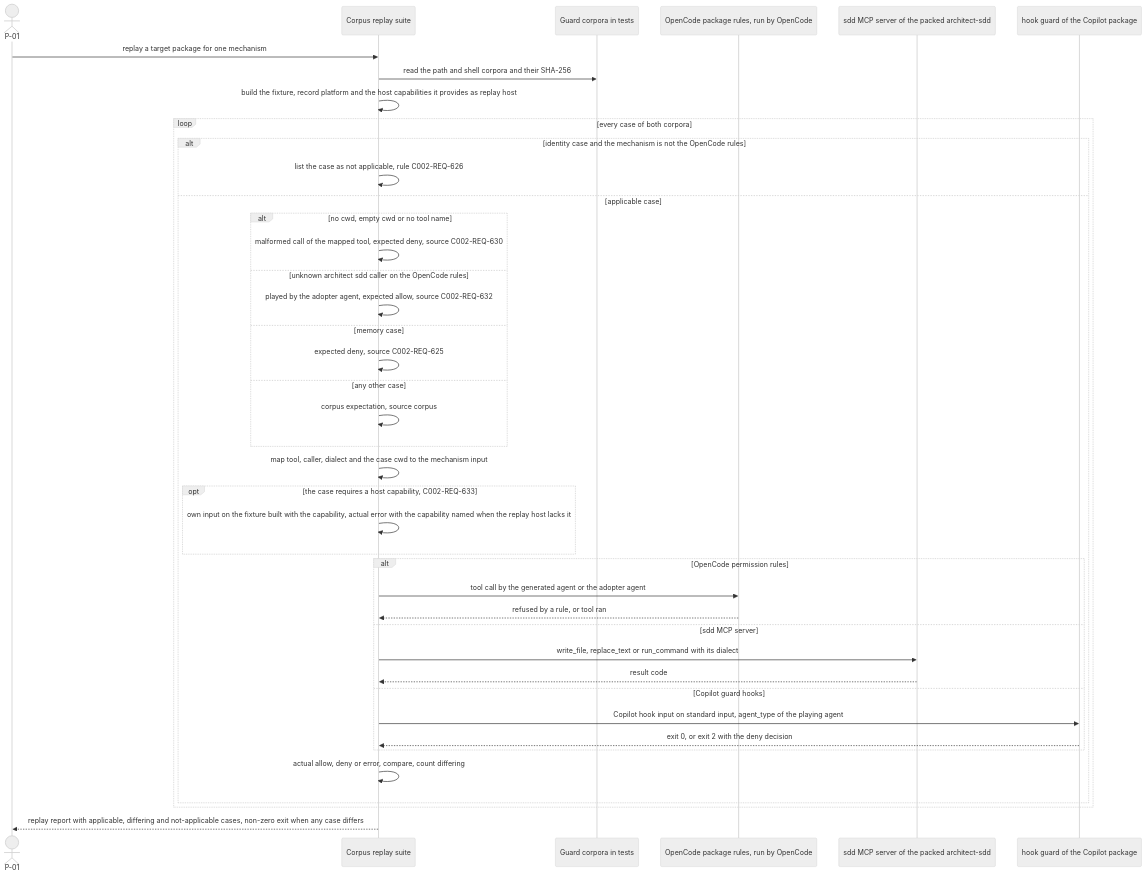
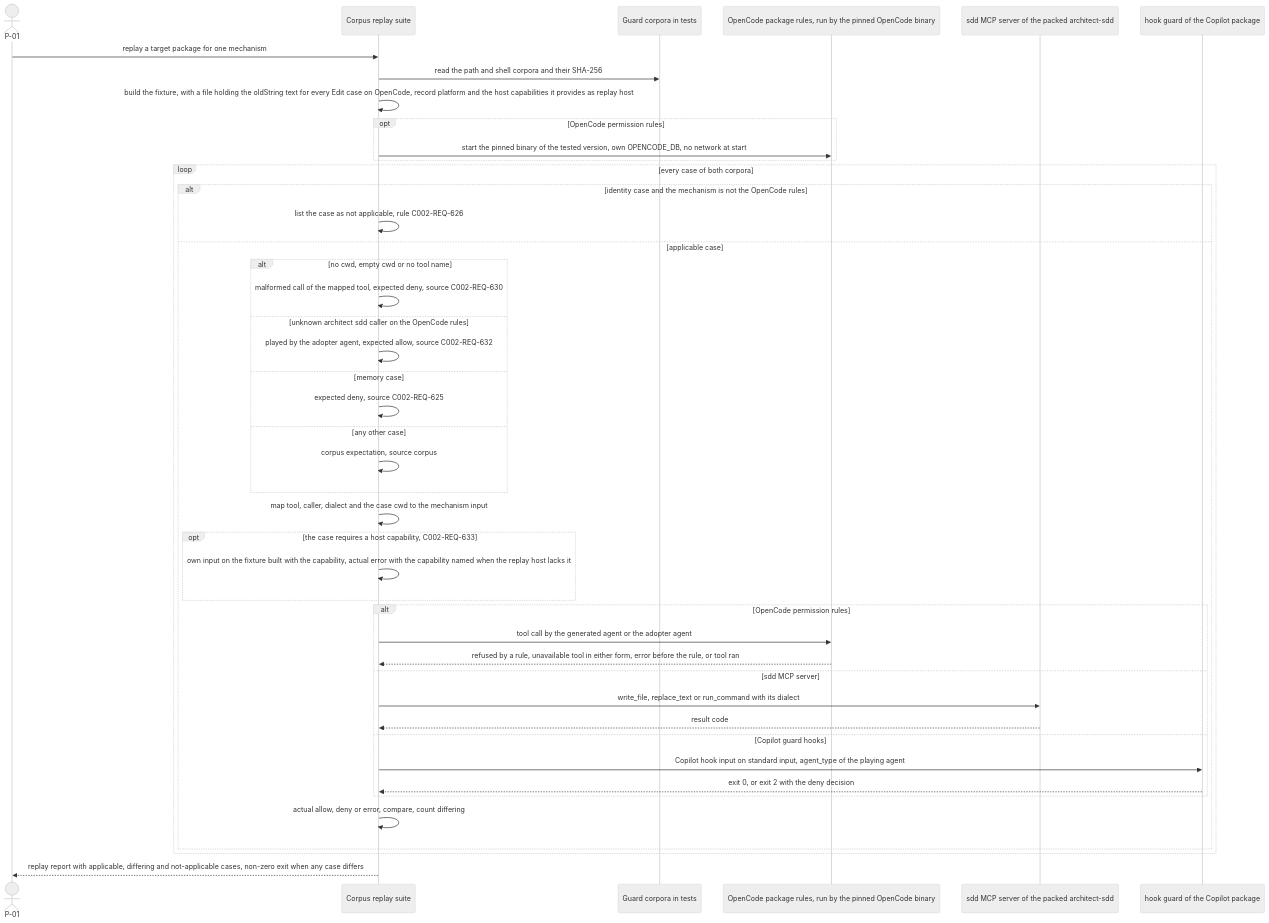
Diagram 12 of 15 in .sdd/002-multi-platform-targets/10-spec/60-architecture/architecture.md (jlacube/spec-architect), drawn with Mermaid (neutral theme) before and after one commit. The commit also changed other lines of this file and 15 other files, not shown here.

````diff
--- a/.sdd/002-multi-platform-targets/10-spec/60-architecture/architecture.md
+++ b/.sdd/002-multi-platform-targets/10-spec/60-architecture/architecture.md
@@ -760,44 +772,47 @@
 ```mermaid
 sequenceDiagram
   %% F11 corpus replay with per-mechanism expectations. Realizes C002-TS-608 C002-TS-609 C002-TS-628 C002-TS-629 C002-TS-630 C002-TS-631 C002-TS-643 C002-TS-644 C002-TS-645 C002-TS-646 C002-TS-647
   actor P01 as P-01
   participant C002_COMP_008 as Corpus replay suite
   participant C002_COMP_013 as Guard corpora in tests
-  participant C002_COMP_003 as OpenCode package rules, run by OpenCode
+  participant C002_COMP_003 as OpenCode package rules, run by the pinned OpenCode binary
   participant C002_COMP_005 as sdd MCP server of the packed architect-sdd
   participant C002_COMP_012 as hook guard of the Copilot package
   P01->>C002_COMP_008: replay a target package for one mechanism
   C002_COMP_008->>C002_COMP_013: read the path and shell corpora and their SHA-256
-  C002_COMP_008->>C002_COMP_008: build the fixture, record platform and the host capabilities it provides as replay host
+  C002_COMP_008->>C002_COMP_008: build the fixture, with a file holding the oldString text for every Edit case on OpenCode, record platform and the host capabilities it provides as replay host
+  opt OpenCode permission rules
+    C002_COMP_008->>C002_COMP_003: start the pinned binary of the tested version, own OPENCODE_DB, no network at start
+  end
   loop every case of both corpora
     alt identity case and the mechanism is not the OpenCode rules
       C002_COMP_008->>C002_COMP_008: list the case as not applicable, rule C002-REQ-626
     else applicable case
       alt no cwd, empty cwd or no tool name
         C002_COMP_008->>C002_COMP_008: malformed call of the mapped tool, expected deny, source C002-REQ-630
       else unknown architect sdd caller on the OpenCode rules
         C002_COMP_008->>C002_COMP_008: played by the adopter agent, expected allow, source C002-REQ-632
       else memory case
         C002_COMP_008->>C002_COMP_008: expected deny, source C002-REQ-625
       else any other case
         C002_COMP_008->>C002_COMP_008: corpus expectation, source corpus
       end
       C002_COMP_008->>C002_COMP_008: map tool, caller, dialect and the case cwd to the mechanism input
       opt the case requires a host capability, C002-REQ-633
         C002_COMP_008->>C002_COMP_008: own input on the fixture built with the capability, actual error with the capability named when the replay host lacks it
       end
       alt OpenCode permission rules
         C002_COMP_008->>C002_COMP_003: tool call by the generated agent or the adopter agent
-        C002_COMP_003-->>C002_COMP_008: refused by a rule, or tool ran
+        C002_COMP_003-->>C002_COMP_008: refused by a rule, unavailable tool in either form, error before the rule, or tool ran
       else sdd MCP server
         C002_COMP_008->>C002_COMP_005: write_file, replace_text or run_command with its dialect
         C002_COMP_005-->>C002_COMP_008: result code
       else Copilot guard hooks
         C002_COMP_008->>C002_COMP_012: Copilot hook input on standard input, agent_type of the playing agent
         C002_COMP_012-->>C002_COMP_008: exit 0, or exit 2 with the deny decision
       end
       C002_COMP_008->>C002_COMP_008: actual allow, deny or error, compare, count differing
     end
   end
   C002_COMP_008-->>P01: replay report with applicable, differing and not-applicable cases, non-zero exit when any case differs
 ```
````
